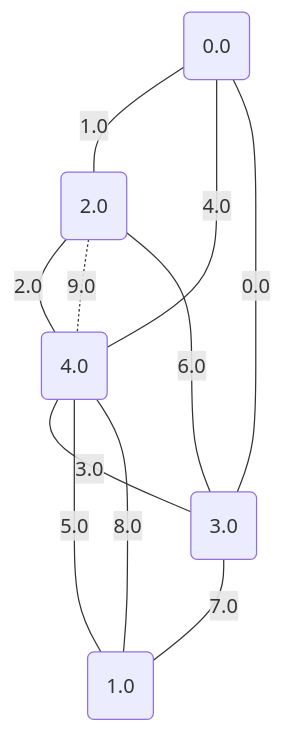
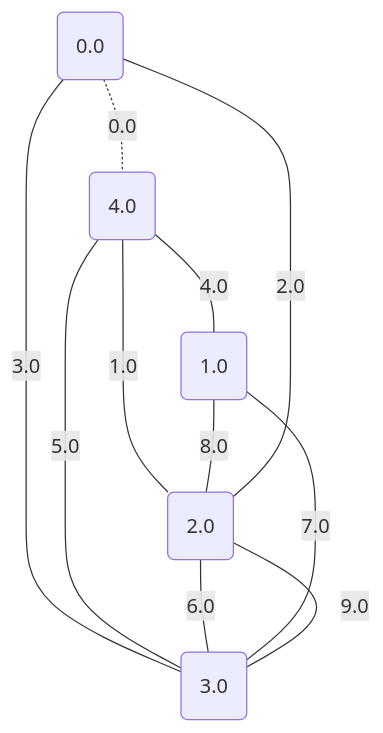
Before and after one commit to metury/graphs: diagram 12 of 17 in project/src/testing/minCutPetersen.md, drawn with Mermaid. The commit also changed other lines of this file and 27 other files, not shown here.

````diff
--- a/project/src/testing/minCutPetersen.md
+++ b/project/src/testing/minCutPetersen.md
@@ -314,18 +314,18 @@
 ```mermaid
 graph TD;
 0("0.0");
 1("1.0");
 2("2.0");
 3("3.0");
 4("4.0");
-	3 -- "0.0" --- 0;
-	0 -- "1.0" --- 2;
-	2 -- "2.0" --- 4;
-	4 -- "3.0" --- 3;
-	0 -- "4.0" --- 4;
-	4 -- "5.0" --- 1;
-	3 -- "6.0" --- 2;
-	3 -- "7.0" --- 1;
-	4 -- "8.0" --- 1;
-	2 -. "9.0" -.- 4;
+	0 -. "0.0" -.- 4;
+	4 -- "1.0" --- 2;
+	2 -- "2.0" --- 0;
+	0 -- "3.0" --- 3;
+	4 -- "4.0" --- 1;
+	4 -- "5.0" --- 3;
+	2 -- "6.0" --- 3;
+	1 -- "7.0" --- 3;
+	1 -- "8.0" --- 2;
+	3 -- "9.0" --- 2;
 ```
````
